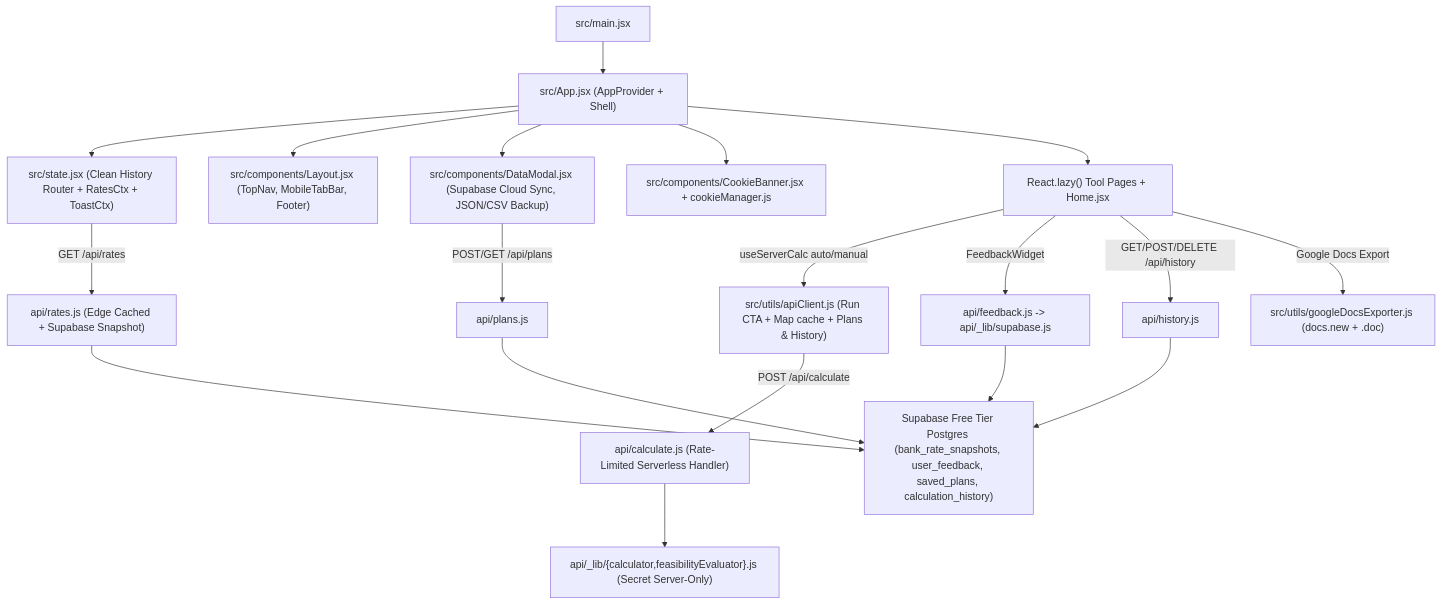
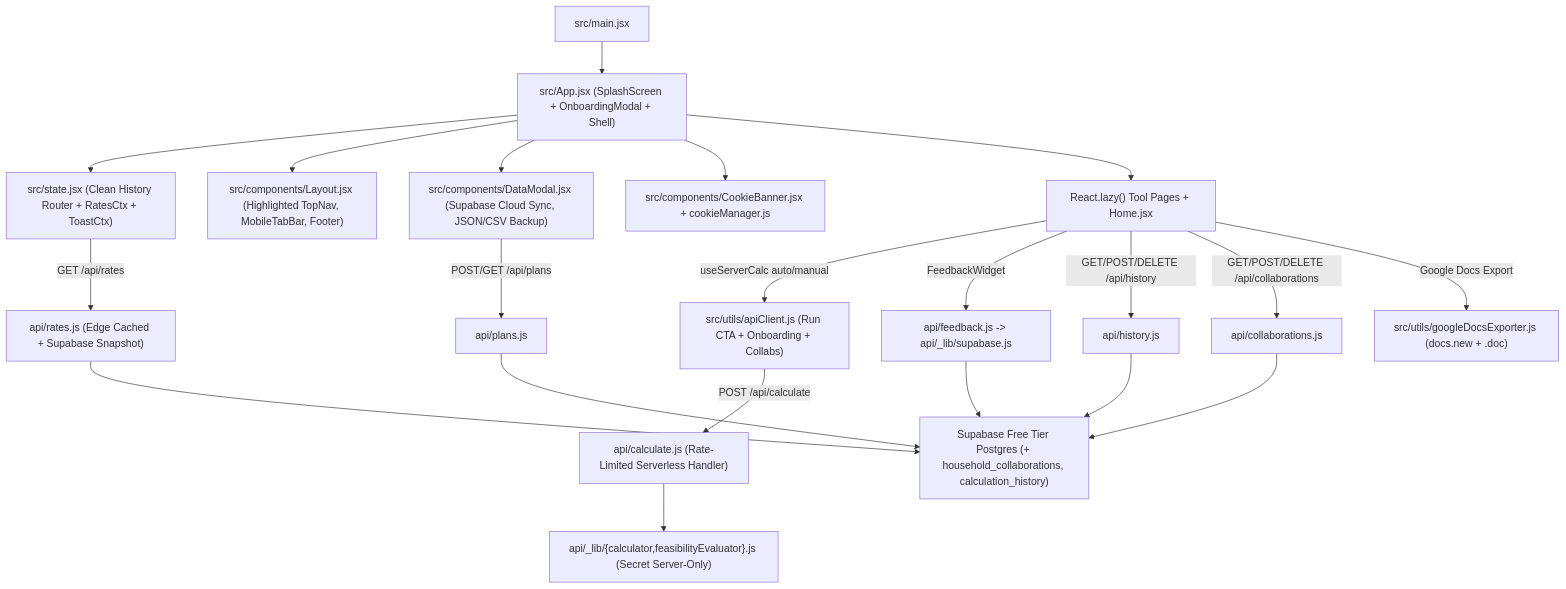
The diagram in docs/knowledge-base/ARCHITECTURE.md (marcustranvnnb/vnsavingpro), drawn with Mermaid before and after one commit. The commit also changed other lines of this file and 22 other files, not shown here.

Commit message:
chore(v1.12.0.0): streamline header, add splash & 3-step onboarding, hide manual layout switcher, add shared household invites & CIC/Advisor roadmap

````diff
--- a/docs/knowledge-base/ARCHITECTURE.md
+++ b/docs/knowledge-base/ARCHITECTURE.md
@@ -5,19 +5,20 @@
 ```mermaid
 flowchart TD
-    Entry["src/main.jsx"] --> App["src/App.jsx (AppProvider + Shell)"]
+    Entry["src/main.jsx"] --> App["src/App.jsx (SplashScreen + OnboardingModal + Shell)"]
     App --> State["src/state.jsx (Clean History Router + RatesCtx + ToastCtx)"]
     State -->|GET /api/rates| ApiRates["api/rates.js (Edge Cached + Supabase Snapshot)"]
-    App --> Layout["src/components/Layout.jsx (TopNav, MobileTabBar, Footer)"]
+    App --> Layout["src/components/Layout.jsx (Highlighted TopNav, MobileTabBar, Footer)"]
     App --> Modal["src/components/DataModal.jsx (Supabase Cloud Sync, JSON/CSV Backup)"]
     App --> Cookie["src/components/CookieBanner.jsx + cookieManager.js"]
     App --> Pages["React.lazy() Tool Pages + Home.jsx"]
-    Pages -->|useServerCalc auto/manual| ApiClient["src/utils/apiClient.js (Run CTA + Map cache + Plans & History)"]
+    Pages -->|useServerCalc auto/manual| ApiClient["src/utils/apiClient.js (Run CTA + Onboarding + Collabs)"]
     ApiClient -->|POST /api/calculate| ApiCalc["api/calculate.js (Rate-Limited Serverless Handler)"]
     ApiCalc --> ServerLib["api/_lib/{calculator,feasibilityEvaluator}.js (Secret Server-Only)"]
     Pages -->|FeedbackWidget| ApiFeedback["api/feedback.js -> api/_lib/supabase.js"]
-    ApiRates --> Supabase["Supabase Free Tier Postgres (bank_rate_snapshots, user_feedback, saved_plans, calculation_history)"]
+    ApiRates --> Supabase["Supabase Free Tier Postgres (+ household_collaborations, calculation_history)"]
     ApiFeedback --> Supabase
     Modal -->|POST/GET /api/plans| ApiPlans["api/plans.js"] --> Supabase
     Pages -->|GET/POST/DELETE /api/history| ApiHistory["api/history.js"] --> Supabase
+    Pages -->|GET/POST/DELETE /api/collaborations| ApiCollab["api/collaborations.js"] --> Supabase
     Pages -->|Google Docs Export| GDocs["src/utils/googleDocsExporter.js (docs.new + .doc)"]
 ```
````
